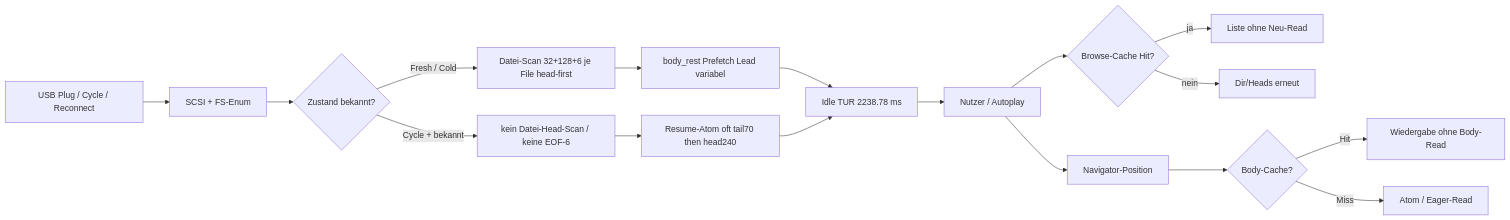
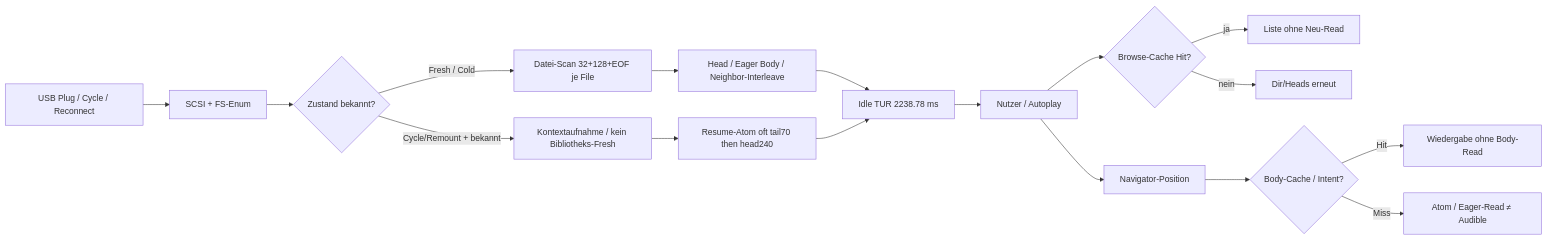
Before and after one commit to MPunktBPunkt/pidrive: the first of 2 diagrams in docs/fahrzeug/HU-Technical-Facts.md, drawn with Mermaid. The commit also changed other lines of this file and 6 other files, not shown here.

````diff
--- a/docs/fahrzeug/HU-Technical-Facts.md
+++ b/docs/fahrzeug/HU-Technical-Facts.md
@@ -25,19 +25,19 @@
 ```mermaid
 flowchart LR
   Plug["USB Plug / Cycle / Reconnect"] --> Enum["SCSI + FS-Enum"]
   Enum --> Path{Zustand bekannt?}
-  Path -->|Fresh / Cold| Scan["Datei-Scan 32+128+6 je File head-first"]
-  Path -->|Cycle + bekannt| Res["kein Datei-Head-Scan / keine EOF-6"]
-  Scan --> BodyR["body_rest Prefetch Lead variabel"]
+  Path -->|Fresh / Cold| Scan["Datei-Scan 32+128+EOF je File"]
+  Path -->|Cycle/Remount + bekannt| Res["Kontextaufnahme / kein Bibliotheks-Fresh"]
+  Scan --> Modes["Head / Eager Body / Neighbor-Interleave"]
   Res --> Atom["Resume-Atom oft tail70 then head240"]
-  BodyR --> Wait["Idle TUR 2238.78 ms"]
+  Modes --> Wait["Idle TUR 2238.78 ms"]
   Atom --> Wait
   Wait --> Sel["Nutzer / Autoplay"]
   Sel --> Nav["Navigator-Position"]
   Sel --> Browse{"Browse-Cache Hit?"}
   Browse -->|ja| UI["Liste ohne Neu-Read"]
   Browse -->|nein| DirRead["Dir/Heads erneut"]
-  Nav --> Play{"Body-Cache?"}
+  Nav --> Play{"Body-Cache / Intent?"}
   Play -->|Hit| PlayCache["Wiedergabe ohne Body-Read"]
-  Play -->|Miss| Eager["Atom / Eager-Read"]
+  Play -->|Miss| Eager["Atom / Eager-Read ≠ Audible"]
 ```
````
